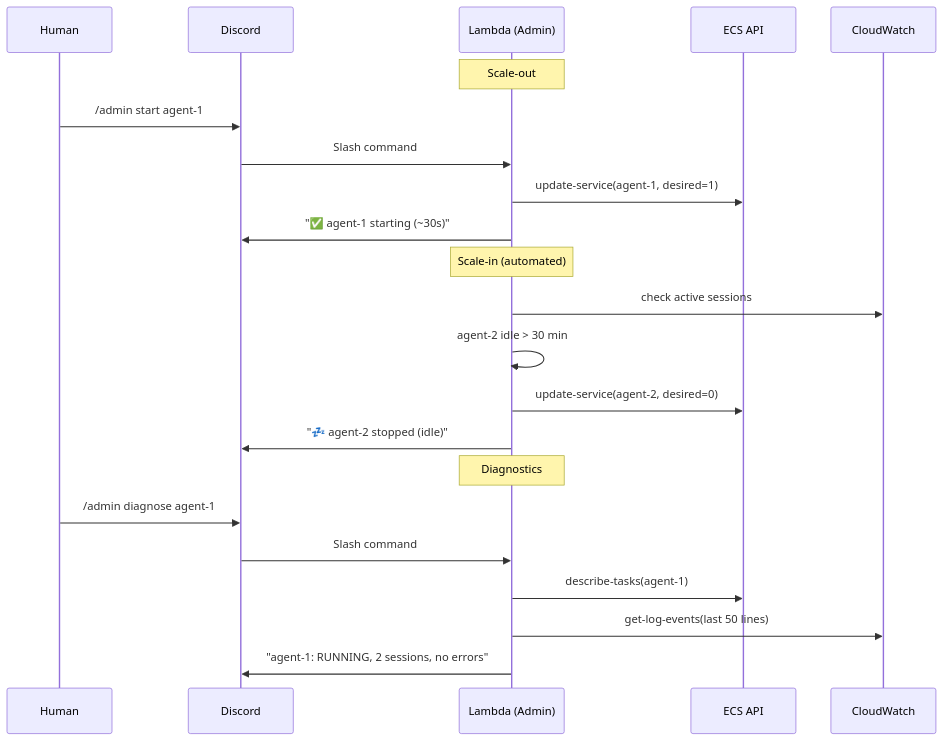
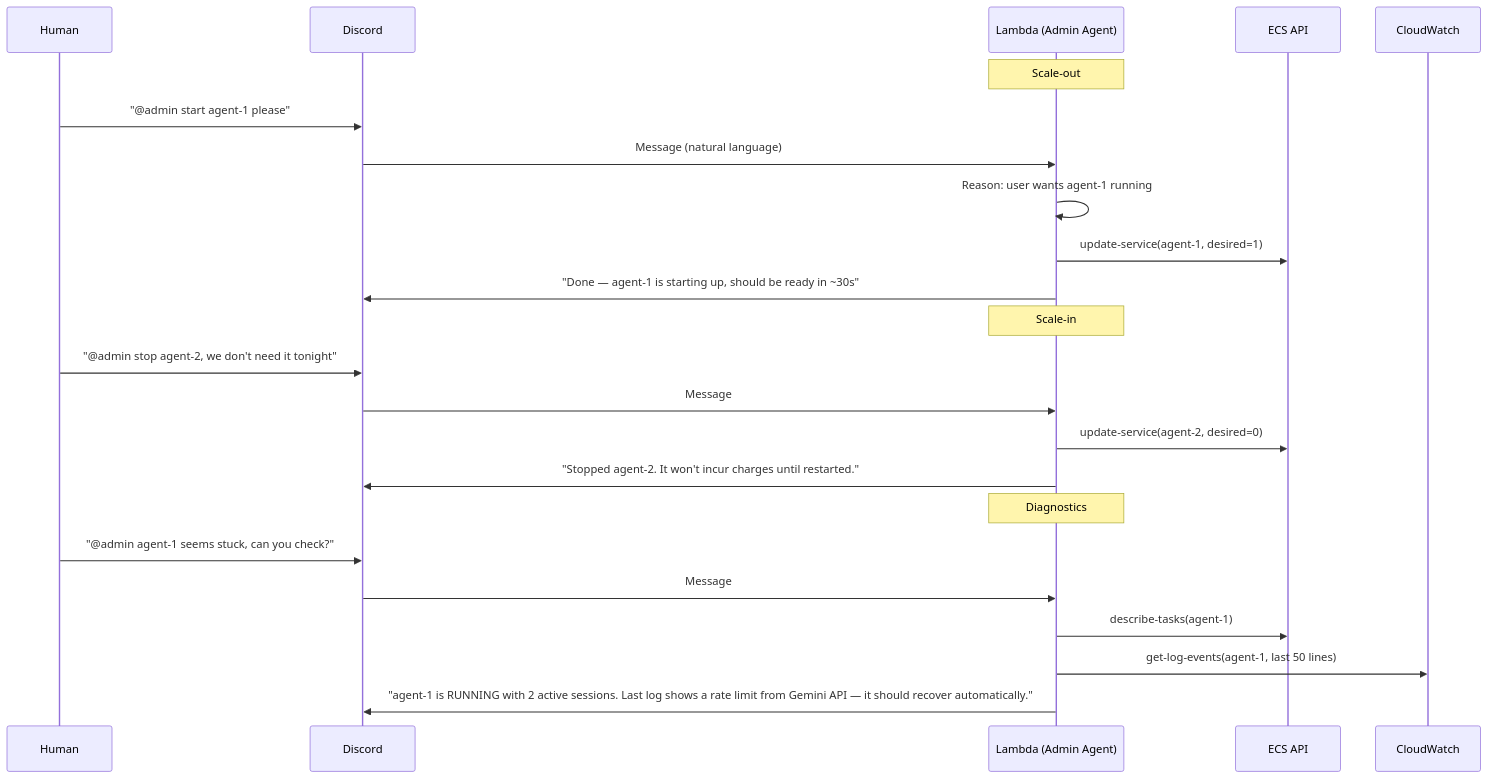
Before and after one commit to juntinyeh-worker/agent-outbound: the sixth of 6 diagrams in openab-ecs-lambda-architecture.md, drawn with Mermaid. The commit also changed other lines of this file, not shown here.

First line of the commit message:
task: Admin Lambda is a full agent (natural language, not slash commands)

````diff
--- a/openab-ecs-lambda-architecture.md
+++ b/openab-ecs-lambda-architecture.md
@@ -210,27 +212,28 @@
 ```mermaid
 sequenceDiagram
     participant Human
     participant Discord
-    participant Lambda as Lambda (Admin)
+    participant Admin as Lambda (Admin Agent)
     participant ECS as ECS API
     participant CW as CloudWatch
 
-    Note over Lambda: Scale-out
-    Human->>Discord: /admin start agent-1
-    Discord->>Lambda: Slash command
-    Lambda->>ECS: update-service(agent-1, desired=1)
-    Lambda->>Discord: "✅ agent-1 starting (~30s)"
+    Note over Admin: Scale-out
+    Human->>Discord: "@admin start agent-1 please"
+    Discord->>Admin: Message (natural language)
+    Admin->>Admin: Reason: user wants agent-1 running
+    Admin->>ECS: update-service(agent-1, desired=1)
+    Admin->>Discord: "Done — agent-1 is starting up, should be ready in ~30s"
 
-    Note over Lambda: Scale-in (automated)
-    Lambda->>CW: check active sessions
-    Lambda->>Lambda: agent-2 idle > 30 min
-    Lambda->>ECS: update-service(agent-2, desired=0)
-    Lambda->>Discord: "💤 agent-2 stopped (idle)"
+    Note over Admin: Scale-in
+    Human->>Discord: "@admin stop agent-2, we don't need it tonight"
+    Discord->>Admin: Message
+    Admin->>ECS: update-service(agent-2, desired=0)
+    Admin->>Discord: "Stopped agent-2. It won't incur charges until restarted."
 
-    Note over Lambda: Diagnostics
-    Human->>Discord: /admin diagnose agent-1
-    Discord->>Lambda: Slash command
-    Lambda->>ECS: describe-tasks(agent-1)
-    Lambda->>CW: get-log-events(last 50 lines)
-    Lambda->>Discord: "agent-1: RUNNING, 2 sessions, no errors"
+    Note over Admin: Diagnostics
+    Human->>Discord: "@admin agent-1 seems stuck, can you check?"
+    Discord->>Admin: Message
+    Admin->>ECS: describe-tasks(agent-1)
+    Admin->>CW: get-log-events(agent-1, last 50 lines)
+    Admin->>Discord: "agent-1 is RUNNING with 2 active sessions. Last log shows a rate limit from Gemini API — it should recover automatically."
 ```
````
